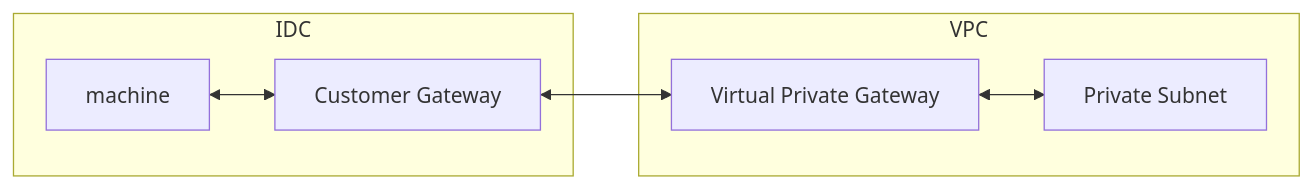
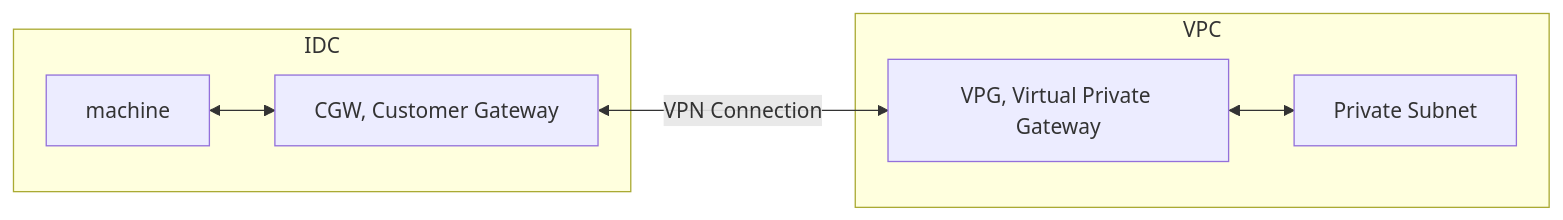
The diagram in aws/VPC_Site2Site_VPN.md (cool21540125/documentation-notes), drawn with Mermaid before and after one commit. The commit also changed other lines of this file and 6 other files, not shown here.

````diff
--- a/aws/VPC_Site2Site_VPN.md
+++ b/aws/VPC_Site2Site_VPN.md
@@ -41,13 +41,15 @@
 ```mermaid
 flowchart LR
-cg["Customer Gateway"]
-vpg["Virtual Private Gateway"]
+cg["CGW, Customer Gateway"]
+vpg["VPG, Virtual Private Gateway"]
 
 subgraph IDC
     machine <--> cg
 end
+
 subgraph VPC
     vpg <--> ps["Private Subnet"]
 end
-cg <--> vpg
+
+cg <-- "VPN Connection" --> vpg
 ```
````
